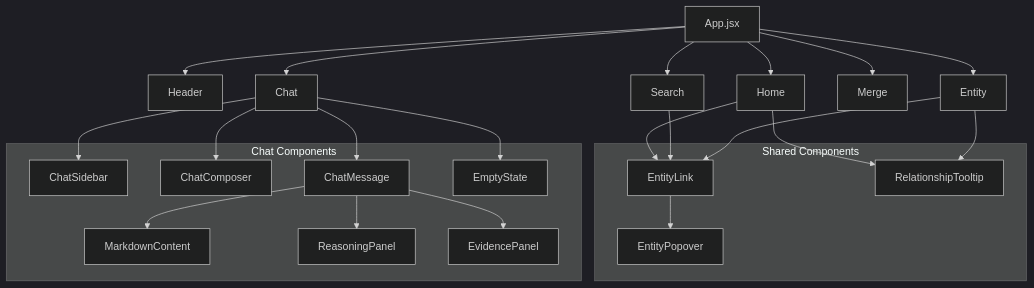
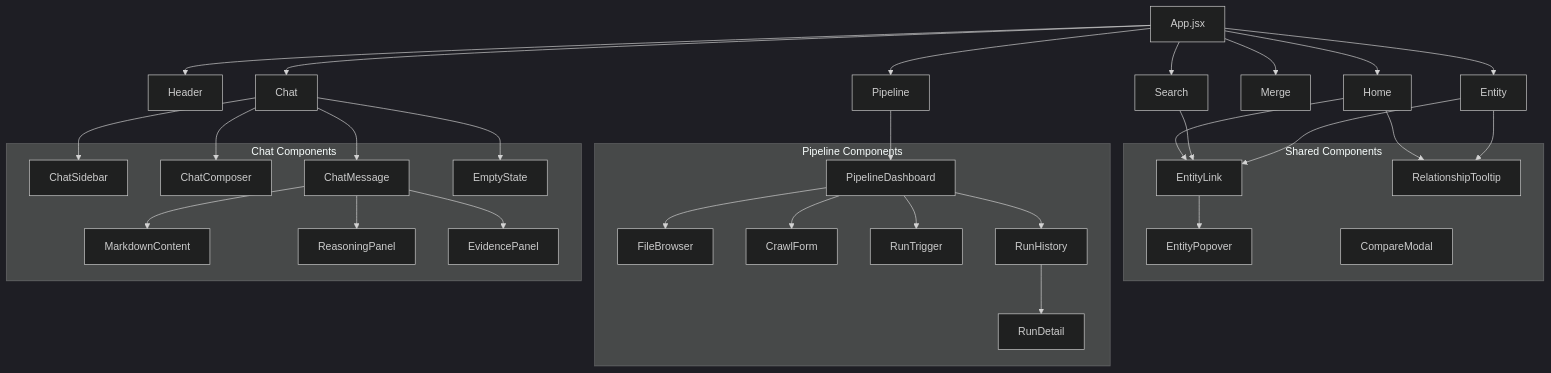
One commit to quyen20345/KGsAuto changed the second of 3 diagrams in apps/frontend/README.md. Above: the diagram before and after it, drawn with Mermaid (dark theme). The commit also changed other lines of this file and 32 other files, not shown here.

````diff
--- a/apps/frontend/README.md
+++ b/apps/frontend/README.md
@@ -97,48 +116,67 @@
 ```mermaid
 flowchart TB
     App[App.jsx]
     Header[Header]
     Home[Home]
     Search[Search]
     Entity[Entity]
     Merge[Merge]
+    Pipeline[Pipeline]
     Chat[Chat]
 
     App --> Header
     App --> Home
     App --> Search
     App --> Entity
     App --> Merge
+    App --> Pipeline
     App --> Chat
 
     subgraph SharedComponents["Shared Components"]
         EL[EntityLink]
         EP[EntityPopover]
+        CMOD[CompareModal]
         RT[RelationshipTooltip]
     end
 
     Home --> EL
     Home --> RT
     Search --> EL
     Entity --> EL
     Entity --> RT
     EL --> EP
+
+    subgraph PipelineComponents["Pipeline Components"]
+        PD[PipelineDashboard]
+        FB[FileBrowser]
+        CF[CrawlForm]
+        RTG[RunTrigger]
+        RH[RunHistory]
+        RD[RunDetail]
+    end
+
+    Pipeline --> PD
+    PD --> FB
+    PD --> CF
+    PD --> RTG
+    PD --> RH
+    RH --> RD
 
     subgraph ChatComponents["Chat Components"]
         CS[ChatSidebar]
         CC[ChatComposer]
         CM[ChatMessage]
         ES[EmptyState]
         MC[MarkdownContent]
         RP[ReasoningPanel]
         EVP[EvidencePanel]
     end
 
     Chat --> CS
     Chat --> CC
     Chat --> CM
     Chat --> ES
     CM --> MC
     CM --> RP
     CM --> EVP
 ```
````
